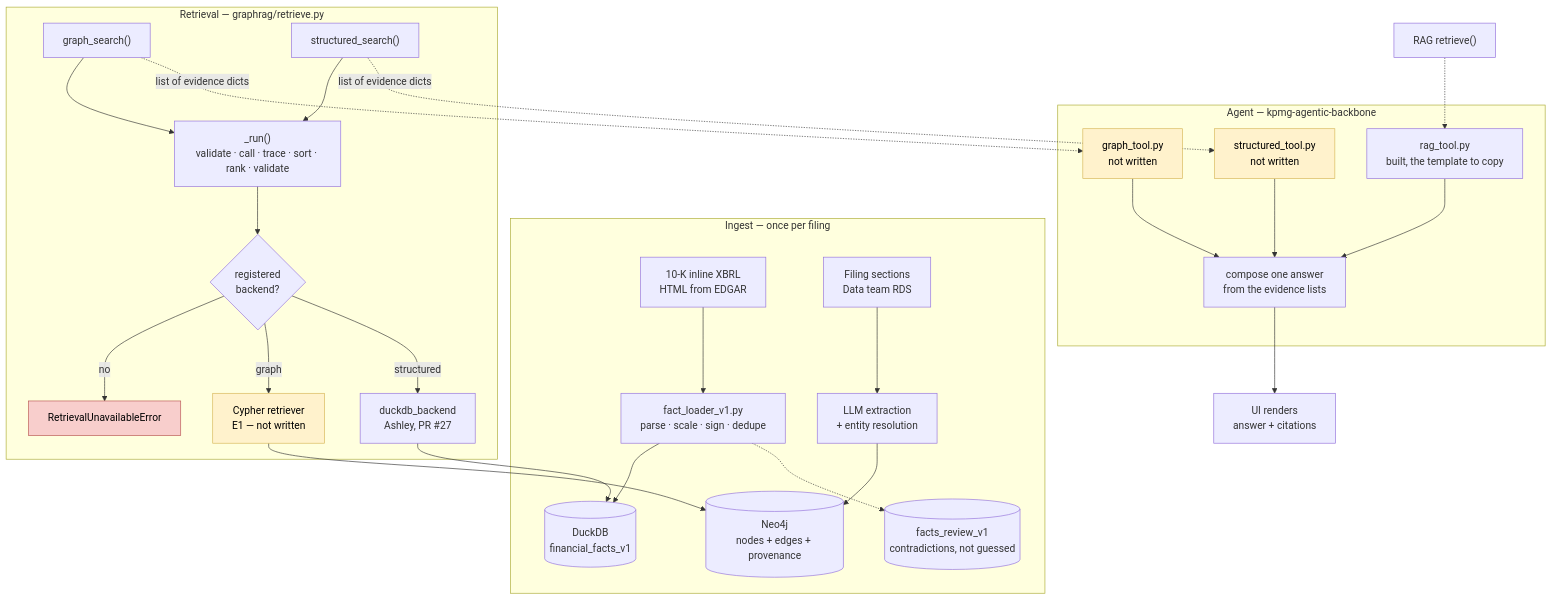
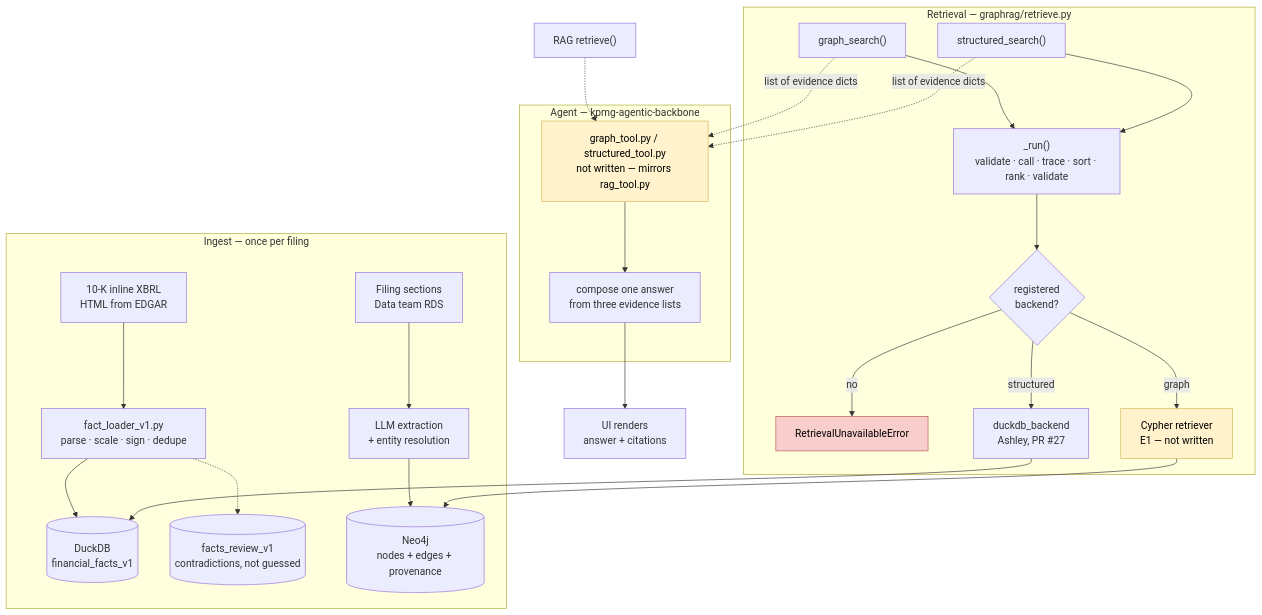
The second of 3 diagrams in README.md (ZiyiClaudiaWang/KPMG-GraphRAG), drawn with Mermaid before and after one commit. The commit also changed other lines of this file, not shown here.

First line of the commit message:
Merge main: list the directories that exist now

````diff
--- a/README.md
+++ b/README.md
@@ -62,41 +59,36 @@
 ```mermaid
 flowchart TB
   subgraph ingest["Ingest — once per filing"]
     H["10-K inline XBRL<br>HTML from EDGAR"] --> FL["fact_loader_v1.py<br>parse · scale · sign · dedupe"]
     FL --> DB[("DuckDB<br>financial_facts_v1")]
     FL -.-> RV[("facts_review_v1<br>contradictions, not guessed")]
     SRC["Filing sections<br>Data team RDS"] --> EX["LLM extraction<br>+ entity resolution"]
     EX --> NEO[("Neo4j<br>nodes + edges + provenance")]
   end
 
   subgraph tools["Retrieval — graphrag/retrieve.py"]
     GS["graph_search()"] --> RUN["_run()<br>validate · call · trace · sort · rank · validate"]
     SS["structured_search()"] --> RUN
     RUN --> GB{"registered<br>backend?"}
     GB -->|"no"| ERR["RetrievalUnavailableError"]
     GB -->|"graph"| CY["Cypher retriever<br>E1 — not written"]
     GB -->|"structured"| DQ["duckdb_backend<br>Ashley, PR #27"]
   end
 
   CY --> NEO
   DQ --> DB
 
   subgraph agent["Agent — kpmg-agentic-backbone"]
-    GT["graph_tool.py<br>not written"]
-    ST["structured_tool.py<br>not written"]
-    RT["rag_tool.py<br>built, the template to copy"]
-    GT --> COMP["compose one answer<br>from the evidence lists"]
-    ST --> COMP
-    RT --> COMP
+    AT["graph_tool.py / structured_tool.py<br>not written — mirrors rag_tool.py"]
+    AT --> COMP["compose one answer<br>from three evidence lists"]
   end
 
-  GS -.->|"list of evidence dicts"| GT
-  SS -.->|"list of evidence dicts"| ST
-  RAG["RAG retrieve()"] -.-> RT
+  GS -.->|"list of evidence dicts"| AT
+  SS -.->|"list of evidence dicts"| AT
+  RAG["RAG retrieve()"] -.-> AT
   COMP --> UI["UI renders<br>answer + citations"]
 
   style CY fill:#FFF2CC,stroke:#D6B656,color:#000000
-  style GT fill:#FFF2CC,stroke:#D6B656,color:#000000
-  style ST fill:#FFF2CC,stroke:#D6B656,color:#000000
+  style AT fill:#FFF2CC,stroke:#D6B656,color:#000000
   style ERR fill:#F8CECC,stroke:#B85450,color:#000000
 ```
````
